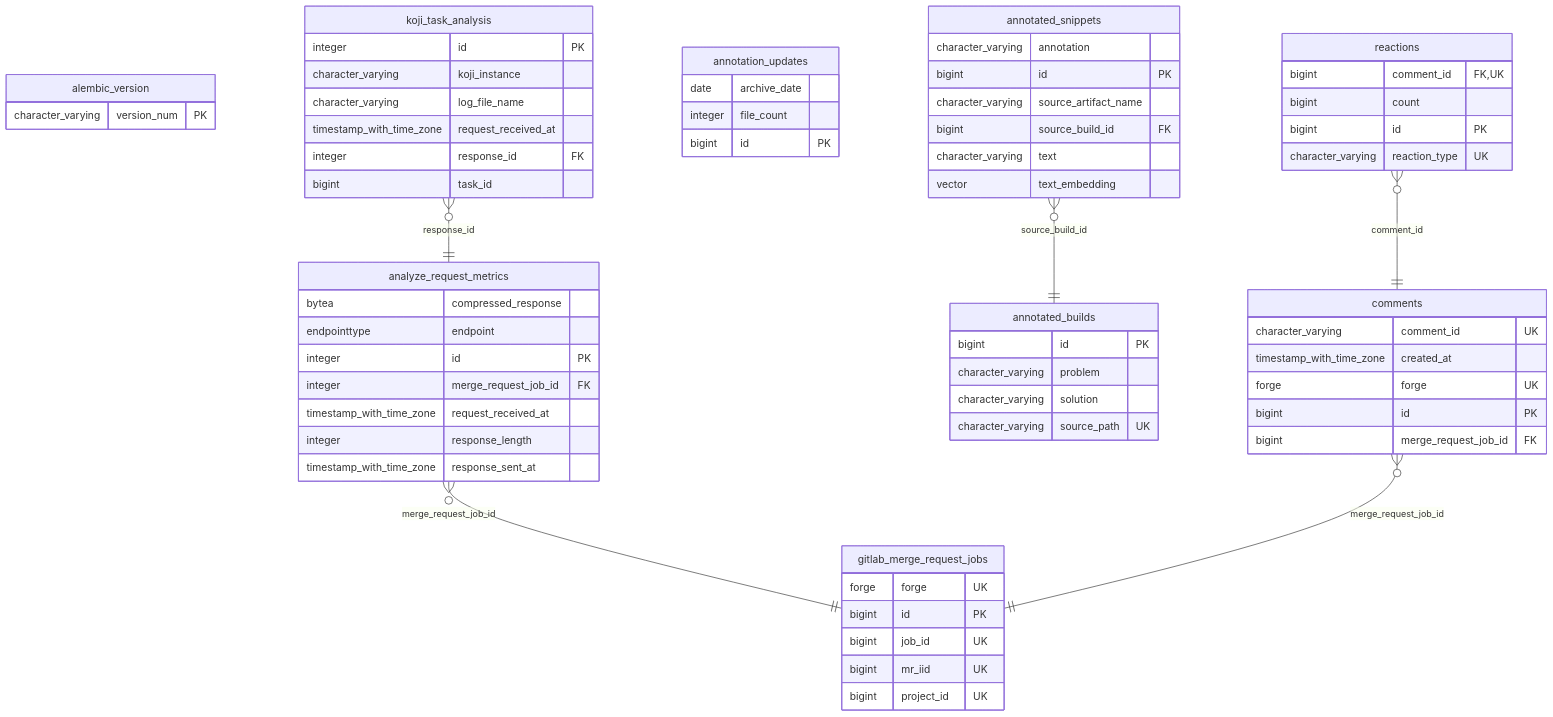
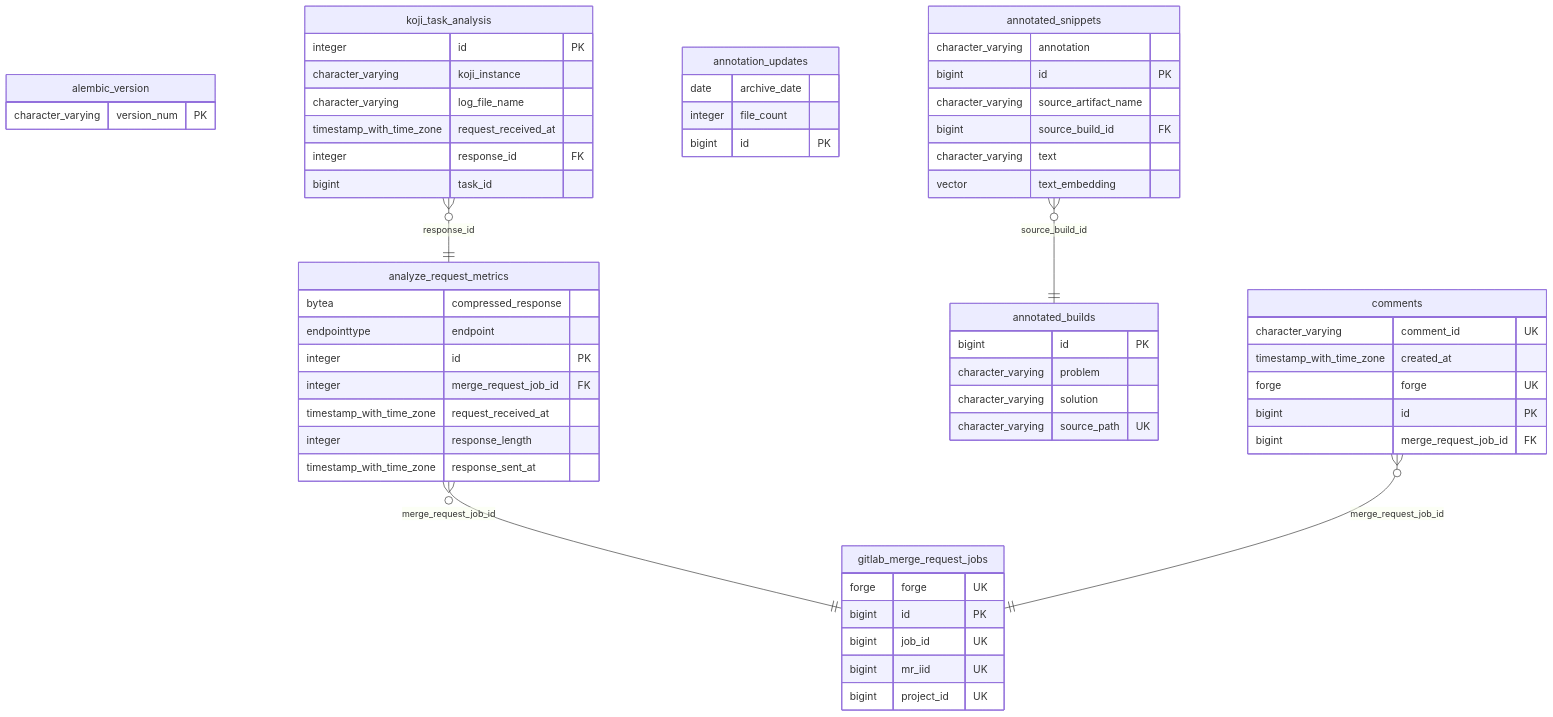
The diagram in alembic/er_diagram.md (fedora-copr/logdetective), drawn with Mermaid before and after one commit. The commit also changed 23 other files, not shown here.

````diff
--- a/alembic/er_diagram.md
+++ b/alembic/er_diagram.md
@@ -2,76 +2,68 @@
 ```mermaid
 erDiagram
     alembic_version {
         character_varying version_num PK
     }
 
     analyze_request_metrics {
         bytea compressed_response
         endpointtype endpoint
         integer id PK
         integer merge_request_job_id FK
         timestamp_with_time_zone request_received_at
         integer response_length
         timestamp_with_time_zone response_sent_at
     }
 
     annotated_builds {
         bigint id PK
         character_varying problem
         character_varying solution
         character_varying source_path UK
     }
 
     annotated_snippets {
         character_varying annotation
         bigint id PK
         character_varying source_artifact_name
         bigint source_build_id FK
         character_varying text
         vector text_embedding
     }
 
     annotation_updates {
         date archive_date
         integer file_count
         bigint id PK
     }
 
     comments {
         character_varying comment_id UK
         timestamp_with_time_zone created_at
         forge forge UK
         bigint id PK
         bigint merge_request_job_id FK
     }
 
     gitlab_merge_request_jobs {
         forge forge UK
         bigint id PK
         bigint job_id UK
         bigint mr_iid UK
         bigint project_id UK
     }
 
     koji_task_analysis {
         integer id PK
         character_varying koji_instance
         character_varying log_file_name
         timestamp_with_time_zone request_received_at
         integer response_id FK
         bigint task_id
     }
 
-    reactions {
-        bigint comment_id FK,UK
-        bigint count
-        bigint id PK
-        character_varying reaction_type UK
-    }
-
     analyze_request_metrics }o--|| gitlab_merge_request_jobs : "merge_request_job_id"
     koji_task_analysis }o--|| analyze_request_metrics : "response_id"
     annotated_snippets }o--|| annotated_builds : "source_build_id"
     comments }o--|| gitlab_merge_request_jobs : "merge_request_job_id"
-    reactions }o--|| comments : "comment_id"
 ```
````
